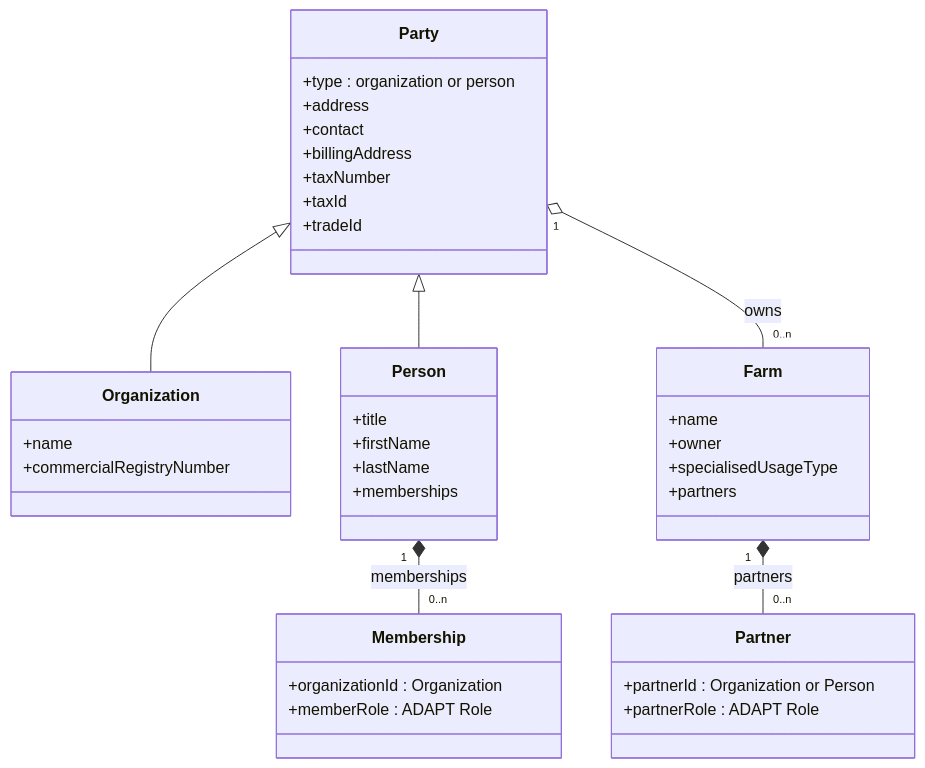
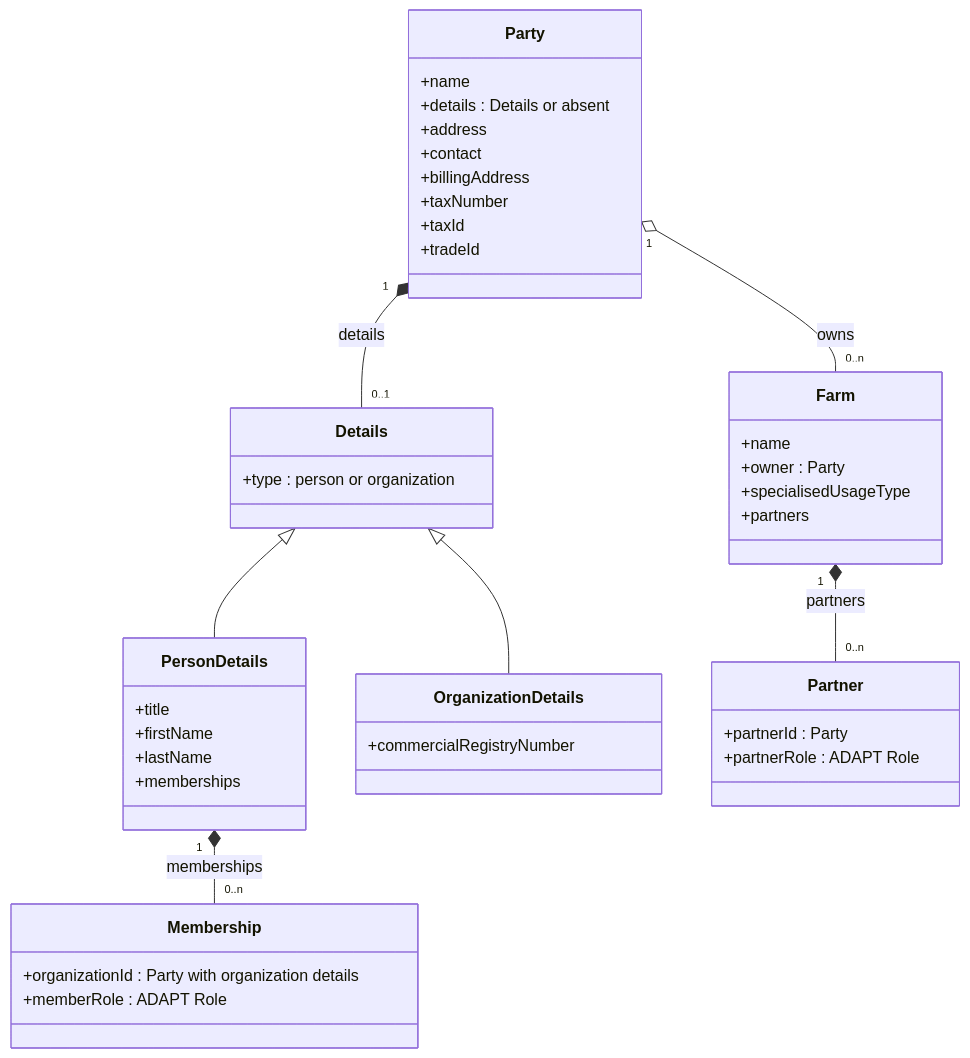
Before and after one commit to DKE-Data/masterdata-sync-working-group: the first of 6 diagrams in architecture/08-party-model.md, drawn with Mermaid. The commit also changed other lines of this file and 8 other files, not shown here.

Commit message:
spec: conflate person and organization into party entity

````diff
--- a/architecture/08-party-model.md
+++ b/architecture/08-party-model.md
@@ -40,42 +57,46 @@
 ```mermaid
 classDiagram
     direction TB
     class Party {
-        +type : organization or person
+        +name
+        +details : Details or absent
         +address
         +contact
         +billingAddress
         +taxNumber
         +taxId
         +tradeId
     }
-    class Organization {
-        +name
-        +commercialRegistryNumber
+    class Details {
+        +type : person or organization
     }
-    class Person {
+    class PersonDetails {
         +title
         +firstName
         +lastName
         +memberships
     }
+    class OrganizationDetails {
+        +commercialRegistryNumber
+    }
     class Membership {
-        +organizationId : Organization
+        +organizationId : Party with organization details
         +memberRole : ADAPT Role
     }
     class Farm {
         +name
-        +owner
+        +owner : Party
         +specialisedUsageType
         +partners
     }
     class Partner {
-        +partnerId : Organization or Person
+        +partnerId : Party
         +partnerRole : ADAPT Role
     }
-    Party <|-- Organization
-    Party <|-- Person
+    Party "1" *-- "0..1" Details : details
+    Details <|-- PersonDetails
+    Details <|-- OrganizationDetails
+    PersonDetails "1" *-- "0..n" Membership : memberships
     Party "1" o-- "0..n" Farm : owns
-    Person "1" *-- "0..n" Membership : memberships
     Farm "1" *-- "0..n" Partner : partners
 ```
````
